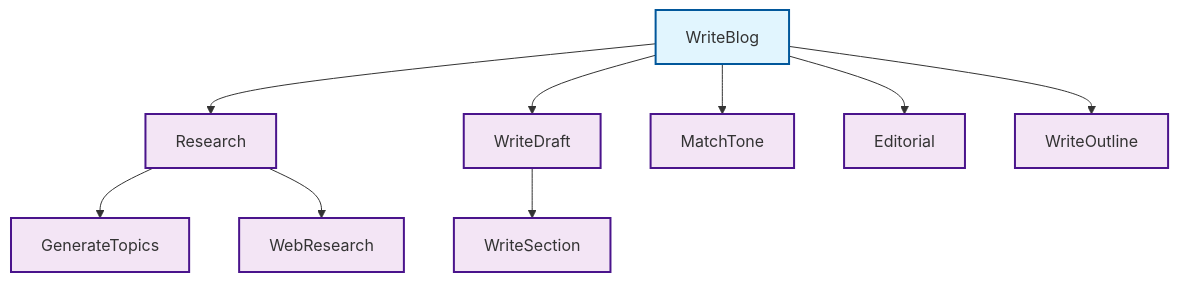
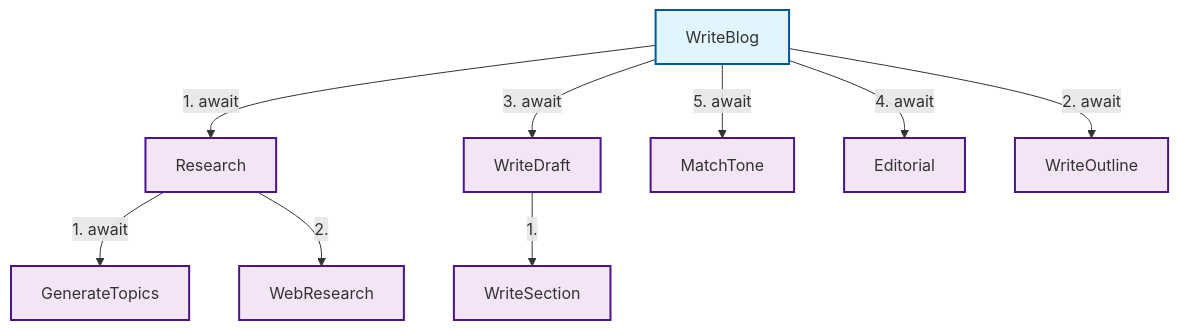
Before and after one commit to gensx-inc/gensx: the diagram in scripts/README.md, drawn with Mermaid. The commit also changed other lines of this file and 1 other file, not shown here.

Commit message:
Enhance workflow analysis with async flow tracking and detailed dependency info

````diff
--- a/scripts/README.md
+++ b/scripts/README.md
@@ -135,22 +143,22 @@
 ```mermaid
 graph TD
     WriteBlog[WriteBlog]:::workflow
     WriteSection[WriteSection]:::component
     WriteDraft[WriteDraft]:::component
     GenerateTopics[GenerateTopics]:::component
     WebResearch[WebResearch]:::component
     Research[Research]:::component
     MatchTone[MatchTone]:::component
     Editorial[Editorial]:::component
     WriteOutline[WriteOutline]:::component
-    WriteBlog --> Research
-    WriteBlog --> WriteOutline
-    WriteBlog --> WriteDraft
-    WriteBlog --> Editorial
-    WriteBlog --> MatchTone
-    WriteDraft --> WriteSection
-    Research --> GenerateTopics
-    Research --> WebResearch
+    Research -->|1. await | GenerateTopics
+    Research -->|2. | WebResearch
+    WriteBlog -->|1. await | Research
+    WriteBlog -->|2. await | WriteOutline
+    WriteBlog -->|3. await | WriteDraft
+    WriteBlog -->|4. await | Editorial
+    WriteBlog -->|5. await | MatchTone
+    WriteDraft -->|1. | WriteSection
     classDef workflow fill:#e1f5fe,stroke:#01579b,stroke-width:2px
     classDef component fill:#f3e5f5,stroke:#4a148c,stroke-width:2px
 ```
````
